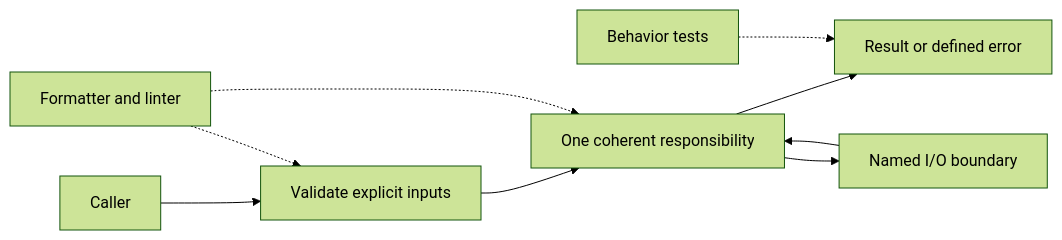
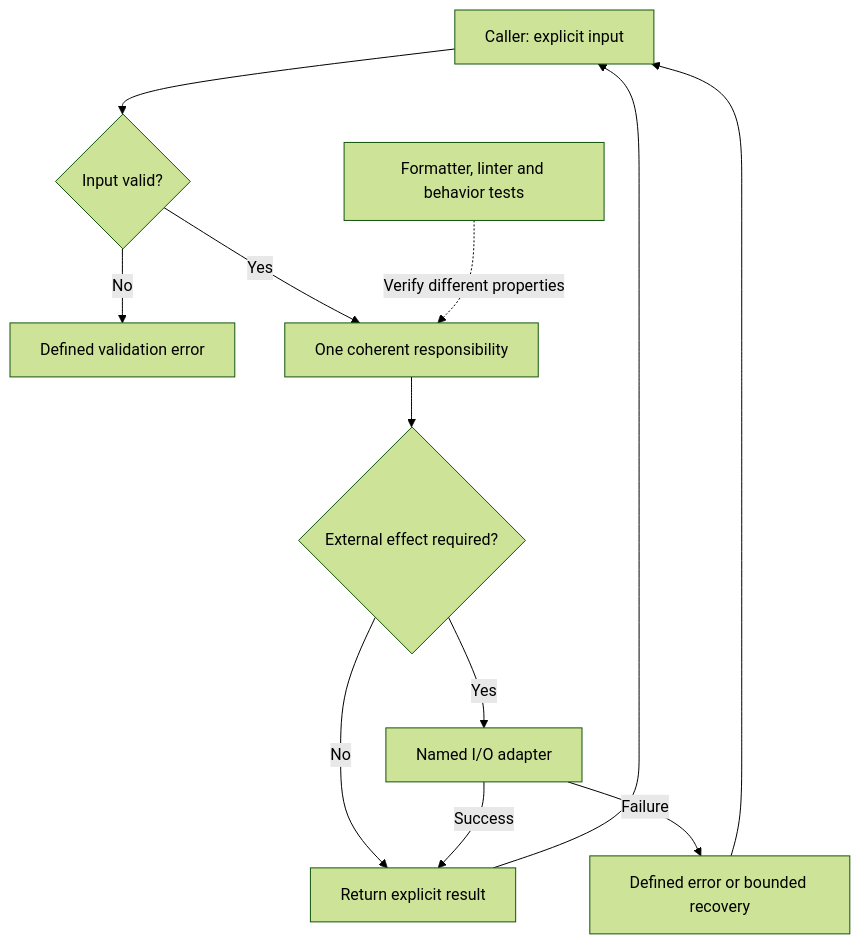
The diagram in docs/standards/CODE_STYLE.md (Soku-JINSEOK/Soku-Convention-Boilerplate), drawn with Mermaid (forest theme) before and after one commit. The commit also changed other lines of this file and 118 other files, not shown here.

First line of the commit message:
📚 docs(readability): explain every document and expand flow diagrams

````diff
--- a/docs/standards/CODE_STYLE.md
+++ b/docs/standards/CODE_STYLE.md
@@ -7,11 +11,14 @@
 ```mermaid
-flowchart LR
-  caller["Caller"] --> input["Validate explicit inputs"]
-  input --> logic["One coherent responsibility"]
-  logic --> output["Result or defined error"]
-  logic --> effect["Named I/O boundary"]
-  effect --> logic
-  formatter["Formatter and linter"] -.-> input
-  formatter -.-> logic
-  behavior["Behavior tests"] -.-> output
+flowchart TD
+  caller["Caller: explicit input"] --> valid{"Input valid?"}
+  valid -->|"No"| rejected["Defined validation error"]
+  valid -->|"Yes"| rule["One coherent responsibility"]
+  rule --> io{"External effect required?"}
+  io -->|"No"| result["Return explicit result"]
+  io -->|"Yes"| boundary["Named I/O adapter"]
+  boundary -->|"Success"| result
+  boundary -->|"Failure"| errorNode["Defined error or bounded recovery"]
+  result --> caller
+  errorNode --> caller
+  checks["Formatter, linter and behavior tests"] -.->|"Verify different properties"| rule
 ```
````
